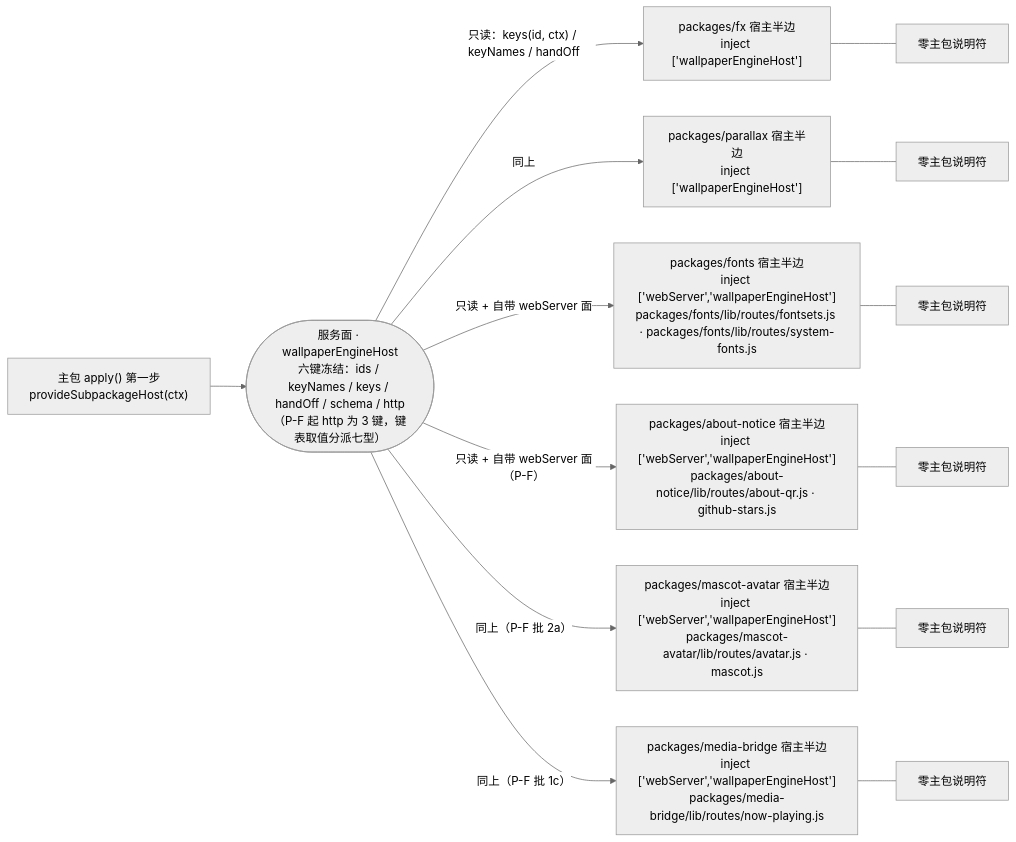
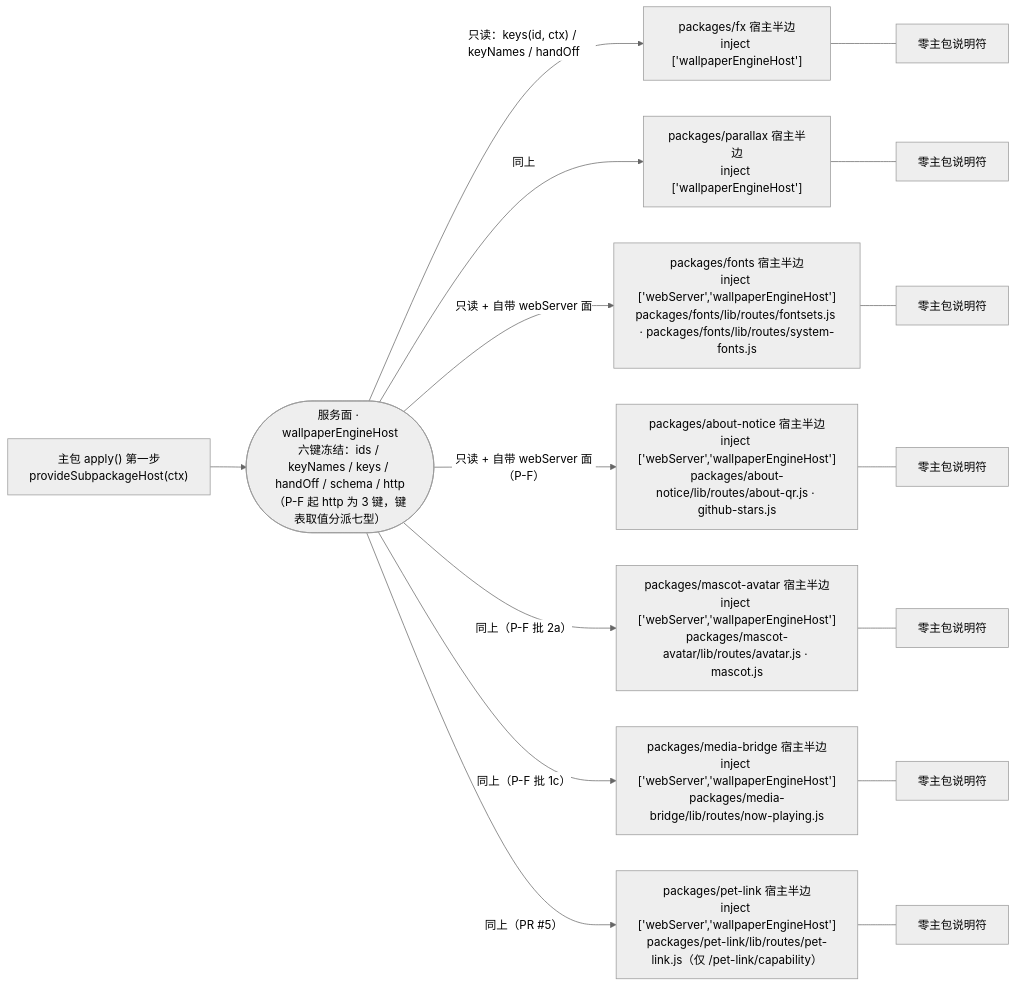
One commit to AuroraAeon/dsh-wallpaper-engine changed the second of 3 diagrams in docs/SUBPACKAGE-GRAPH.md. Above: the diagram before and after it, drawn with Mermaid (neutral theme). The commit also changed other lines of this file and 4 other files, not shown here.

First line of the commit message:
chore(PR #5 合并收尾): 守卫登记 + 生成物重算 + 子包图/ADR 同步

````diff
--- a/docs/SUBPACKAGE-GRAPH.md
+++ b/docs/SUBPACKAGE-GRAPH.md
@@ -53,18 +54,20 @@
 ```mermaid
 graph LR
   APPLY["主包 apply() 第一步<br/>provideSubpackageHost(ctx)"]
   SVC(["服务面 · wallpaperEngineHost<br/>六键冻结：ids / keyNames / keys / handOff / schema / http<br/>（P-F 起 http 为 3 键，键表取值分派七型）"])
   APPLY --> SVC
   SVC -->|"只读：keys(id, ctx) / keyNames / handOff"| FX["packages/fx 宿主半边<br/>inject ['wallpaperEngineHost']"]
   SVC -->|"同上"| PX["packages/parallax 宿主半边<br/>inject ['wallpaperEngineHost']"]
   SVC -->|"只读 + 自带 webServer 面"| FT["packages/fonts 宿主半边<br/>inject ['webServer','wallpaperEngineHost']<br/>packages/fonts/lib/routes/fontsets.js · packages/fonts/lib/routes/system-fonts.js"]
   SVC -->|"只读 + 自带 webServer 面（P-F）"| AN["packages/about-notice 宿主半边<br/>inject ['webServer','wallpaperEngineHost']<br/>packages/about-notice/lib/routes/about-qr.js · github-stars.js"]
   SVC -->|"同上（P-F 批 2a）"| MA["packages/mascot-avatar 宿主半边<br/>inject ['webServer','wallpaperEngineHost']<br/>packages/mascot-avatar/lib/routes/avatar.js · mascot.js"]
   SVC -->|"同上（P-F 批 1c）"| MB["packages/media-bridge 宿主半边<br/>inject ['webServer','wallpaperEngineHost']<br/>packages/media-bridge/lib/routes/now-playing.js"]
+  SVC -->|"同上（PR #5）"| PL["packages/pet-link 宿主半边<br/>inject ['webServer','wallpaperEngineHost']<br/>packages/pet-link/lib/routes/pet-link.js（仅 /pet-link/capability）"]
   FX --- N1["零主包说明符"]
   PX --- N2["零主包说明符"]
   FT --- N3["零主包说明符"]
   AN --- N4["零主包说明符"]
   MA --- N5["零主包说明符"]
   MB --- N6["零主包说明符"]
+  PL --- N7["零主包说明符"]
 ```
````
